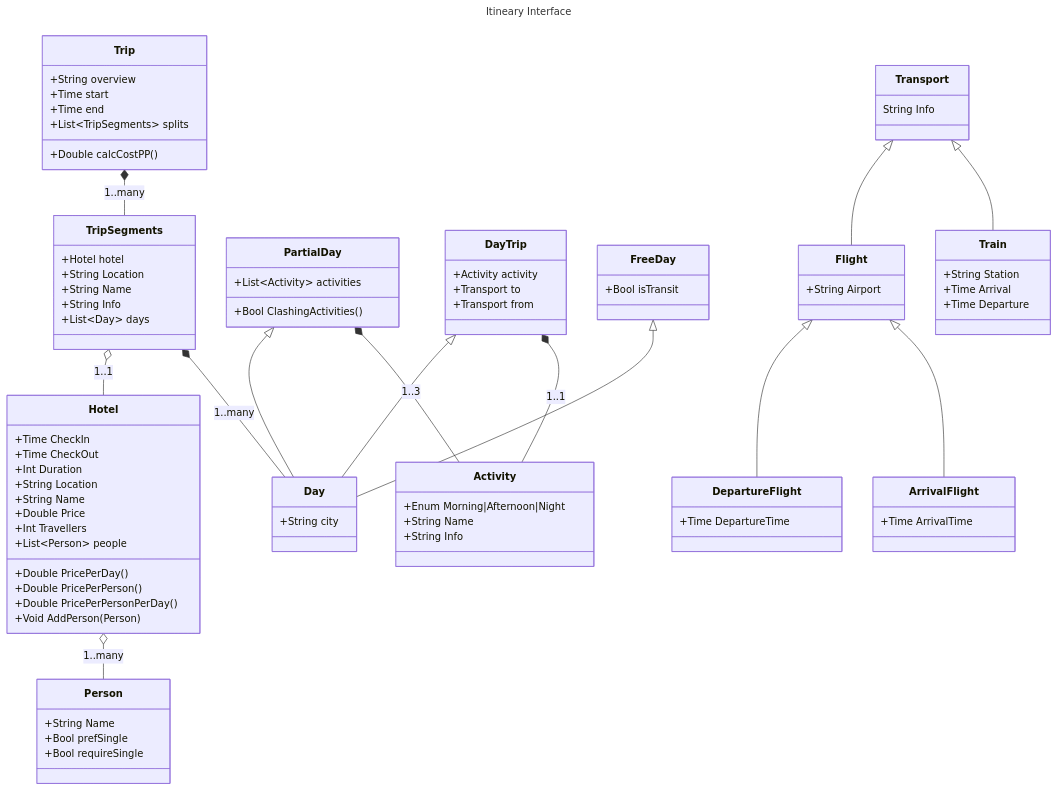
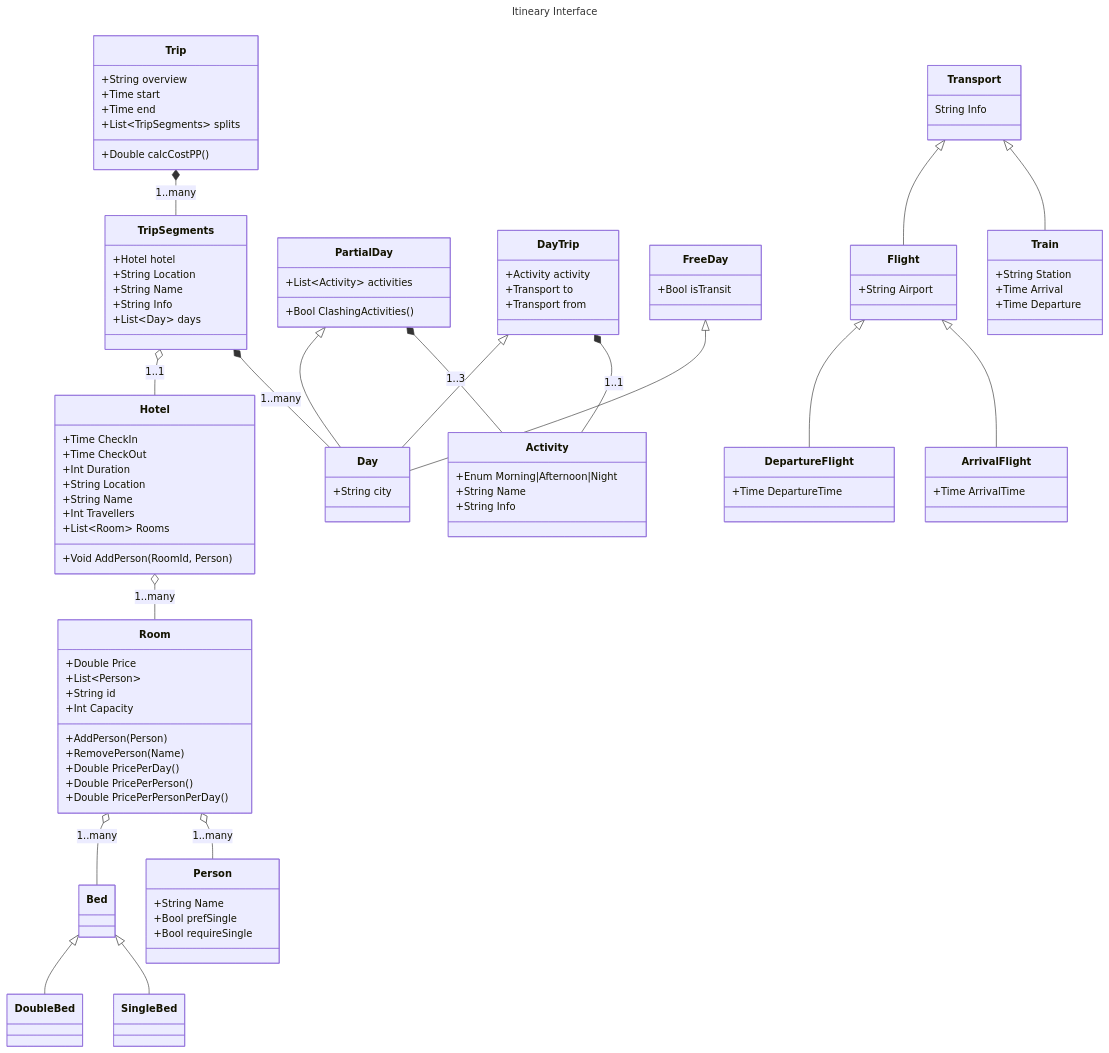
Before and after one commit to Very-Questionable/itineary-planner: the first of 2 diagrams in README.md, drawn with Mermaid. The commit also changed 6 other files, not shown here.

Commit message:
hotel and room logic

```diff
--- a/README.md
+++ b/README.md
@@ -24,6 +24,12 @@
     Flight <|-- DepartureFlight
 
 
+    Hotel o-- Room : 1..many
+    Room o-- Person : 1..many
+    Room o-- Bed : 1..many
+    Bed <|-- SingleBed
+    Bed <|-- DoubleBed
+    
     class Trip {
         +String overview
         +Time start
@@ -73,15 +79,25 @@
         +Int Duration
         +String Location
         +String Name
+        +Int Travellers
+        +List~Room~ Rooms
+
+        +Void AddPerson(RoomId, Person)
+    }
+    
+    
+    class Room {
         +Double Price
-        +Int Travellers
-        +List~Person~ people
-
+        +List~Person~
+        +String id
+        +Int Capacity
+        +AddPerson(Person)
+        +RemovePerson(Name)
         +Double PricePerDay()
         +Double PricePerPerson()
         +Double PricePerPersonPerDay()
-        +Void AddPerson(Person)
     }
+
 
     class Transport {
         String Info
@@ -104,7 +120,6 @@
     class DepartureFlight {
         +Time DepartureTime        
     }
-    Hotel o-- Person : 1..many
     class Person {
         +String Name
         +Bool prefSingle
```
